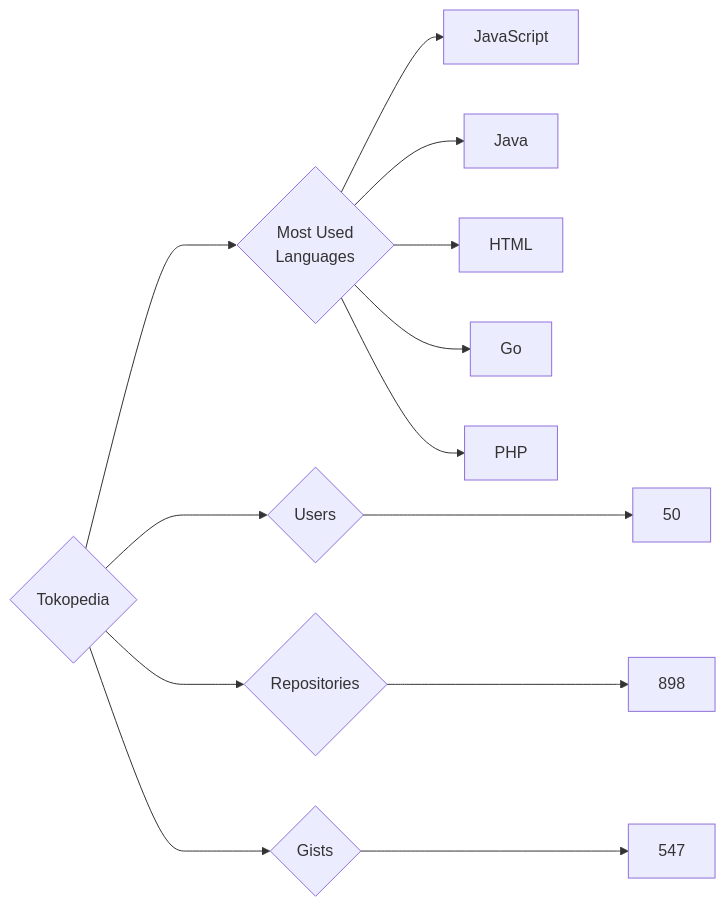
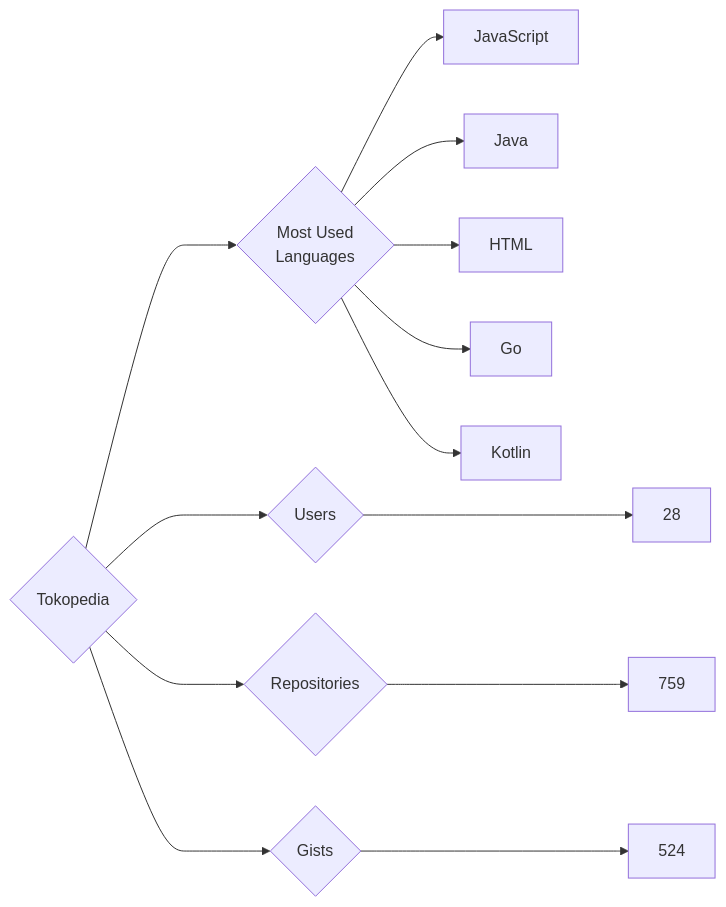
Before and after one commit to trickest/insiders: the diagram in targets/Tokopedia/README.md, drawn with Mermaid. The commit also changed 939 other files, not shown here.

````diff
--- a/targets/Tokopedia/README.md
+++ b/targets/Tokopedia/README.md
@@ -3,13 +3,13 @@
 ```mermaid
 graph LR
 COMPANY_NAME{Tokopedia}
-COMPANY_NAME ---> U{Users} ---> UN[50]
-COMPANY_NAME ---> R{Repositories} ---> RN[898]
-COMPANY_NAME ---> G{Gists} ---> GN[547]
+COMPANY_NAME ---> U{Users} ---> UN[28]
+COMPANY_NAME ---> R{Repositories} ---> RN[759]
+COMPANY_NAME ---> G{Gists} ---> GN[524]
 COMPANY_NAME ---> ML{Most Used<br>Languages}
 ML --> JavaScript[JavaScript]
 ML --> Java[Java]
 ML --> HTML[HTML]
 ML --> Go[Go]
-ML --> PHP[PHP]
+ML --> Kotlin[Kotlin]
 ```
````
